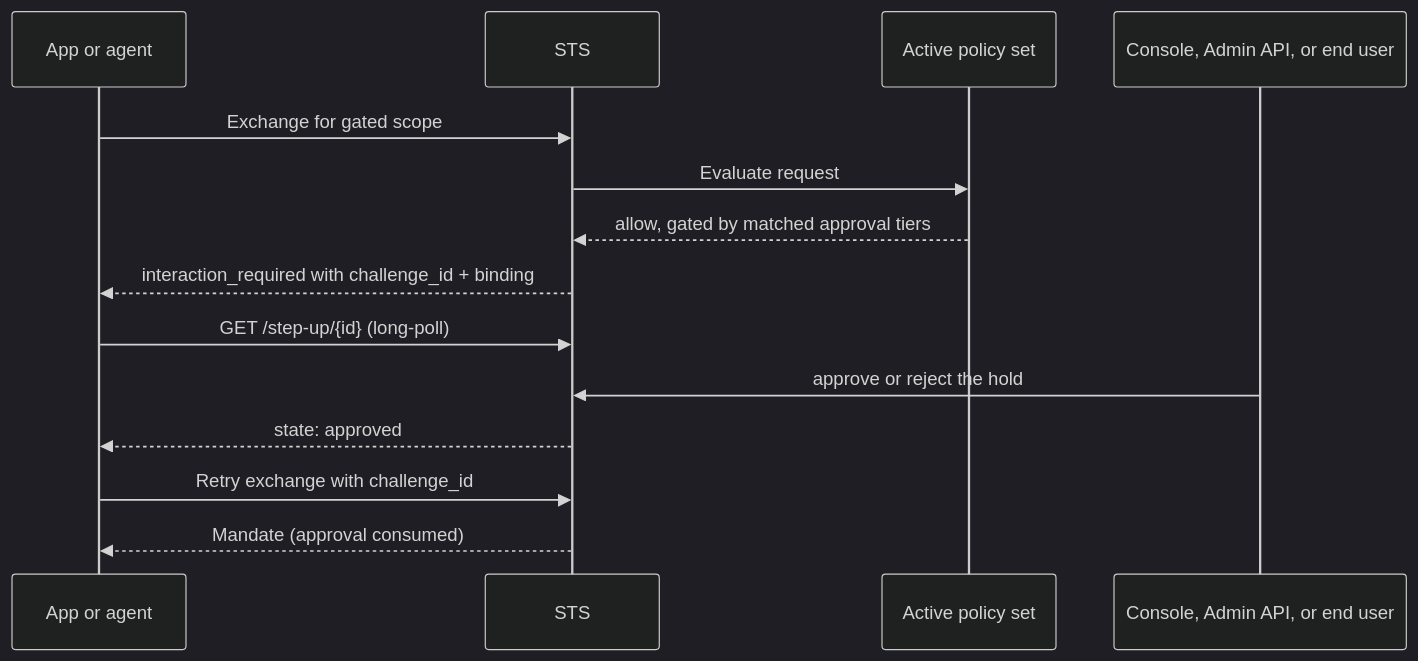
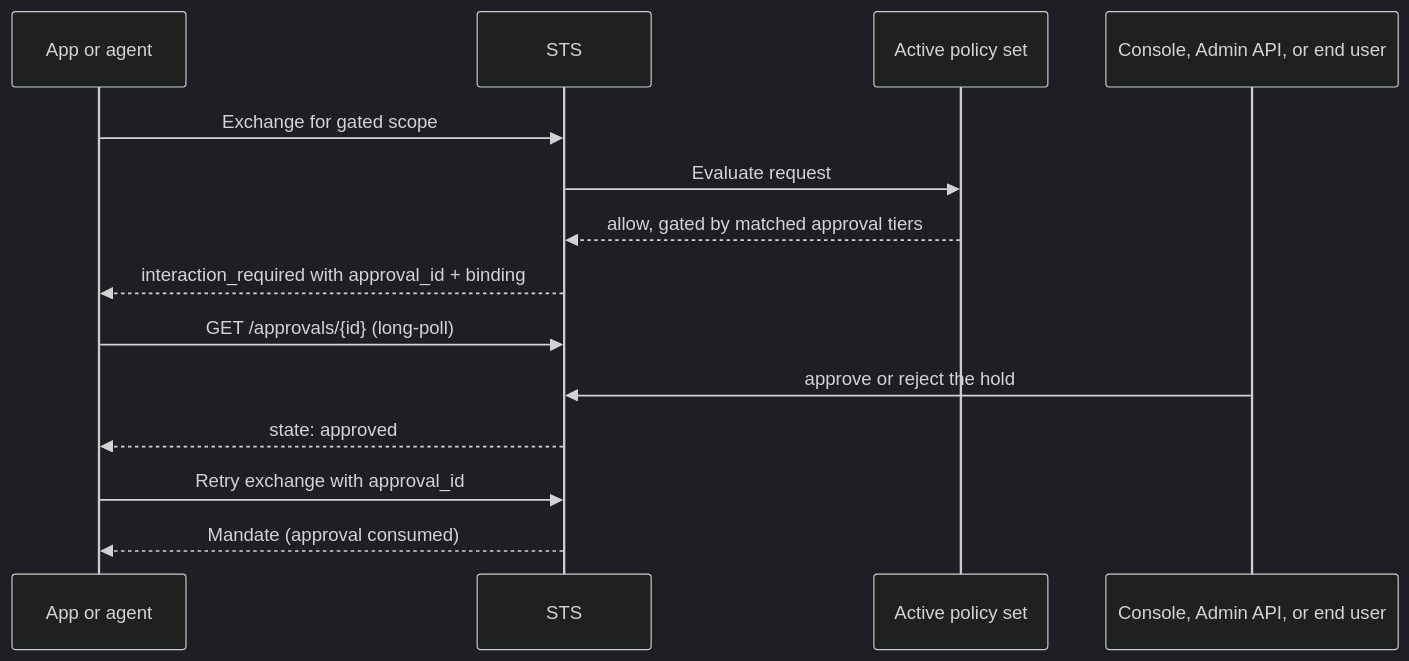
The diagram in docs/src/content/docs/concepts/approvals.mdx (Garudex-Labs/caracal), drawn with Mermaid (dark theme) before and after one commit. The commit also changed other lines of this file and 17 other files, not shown here.

Commit message:
feat: update references from step-up to approvals across documentation for consistency

````diff
--- a/docs/src/content/docs/concepts/approvals.mdx
+++ b/docs/src/content/docs/concepts/approvals.mdx
@@ -14,17 +14,17 @@
 ```mermaid
 sequenceDiagram
   participant App as App or agent
   participant STS as STS
   participant Policy as Active policy set
   participant Approver as Console, Admin API, or end user
 
   App->>STS: Exchange for gated scope
   STS->>Policy: Evaluate request
   Policy-->>STS: allow, gated by matched approval tiers
-  STS-->>App: interaction_required with challenge_id + binding
-  App->>STS: GET /step-up/{id} (long-poll)
+  STS-->>App: interaction_required with approval_id + binding
+  App->>STS: GET /approvals/{id} (long-poll)
   Approver->>STS: approve or reject the hold
   STS-->>App: state: approved
-  App->>STS: Retry exchange with challenge_id
+  App->>STS: Retry exchange with approval_id
   STS-->>App: Mandate (approval consumed)
 ```
````
